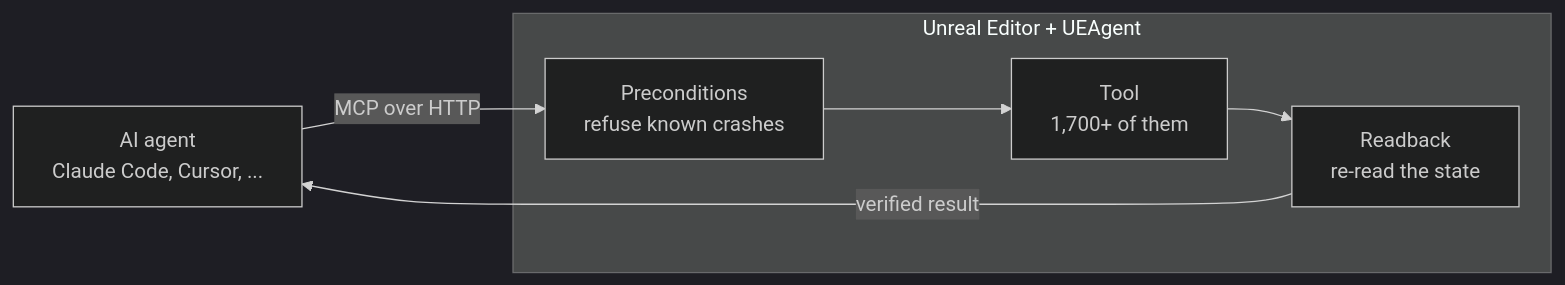
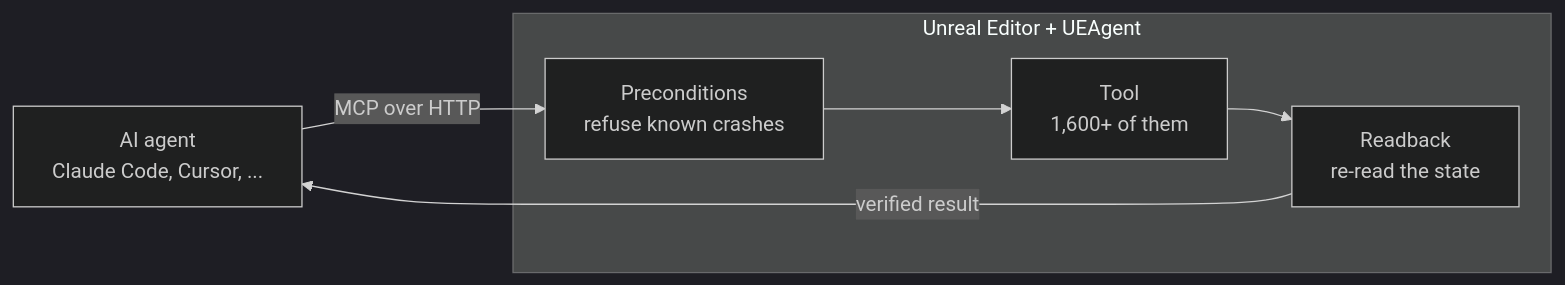
One commit to CarlxsMG/UEAgent changed the diagram in README.md. Above: the diagram before and after it, drawn with Mermaid (dark theme). The commit also changed other lines of this file and 165 other files, not shown here.

````diff
--- a/README.md
+++ b/README.md
@@ -50,8 +50,8 @@
 ```mermaid
 flowchart LR
     A["AI agent<br/>Claude Code, Cursor, ..."] -- "MCP over HTTP" --> P
     subgraph E["Unreal Editor + UEAgent"]
-        P["Preconditions<br/>refuse known crashes"] --> H["Tool<br/>1,700+ of them"] --> R["Readback<br/>re-read the state"]
+        P["Preconditions<br/>refuse known crashes"] --> H["Tool<br/>1,600+ of them"] --> R["Readback<br/>re-read the state"]
     end
     R -- "verified result" --> A
 ```
````
